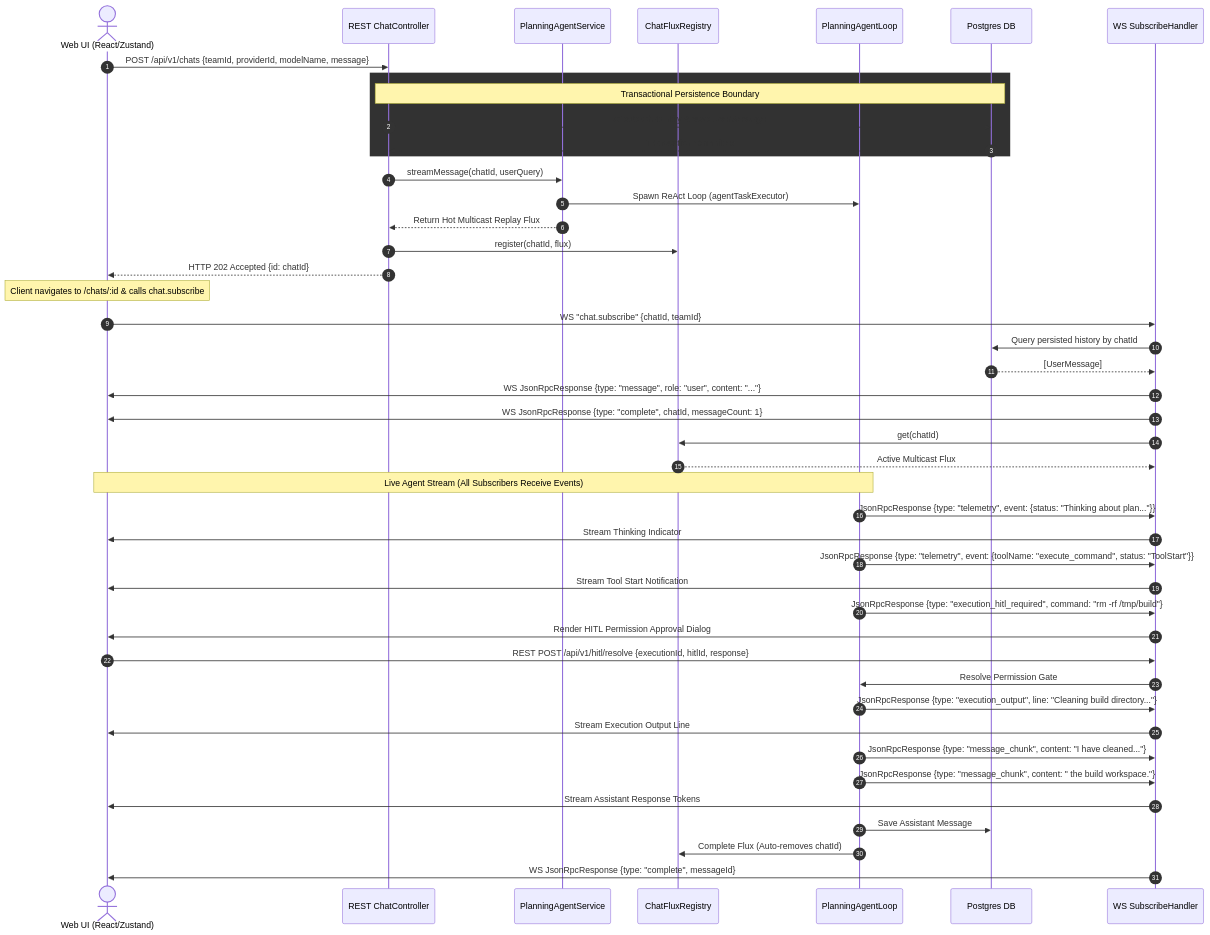
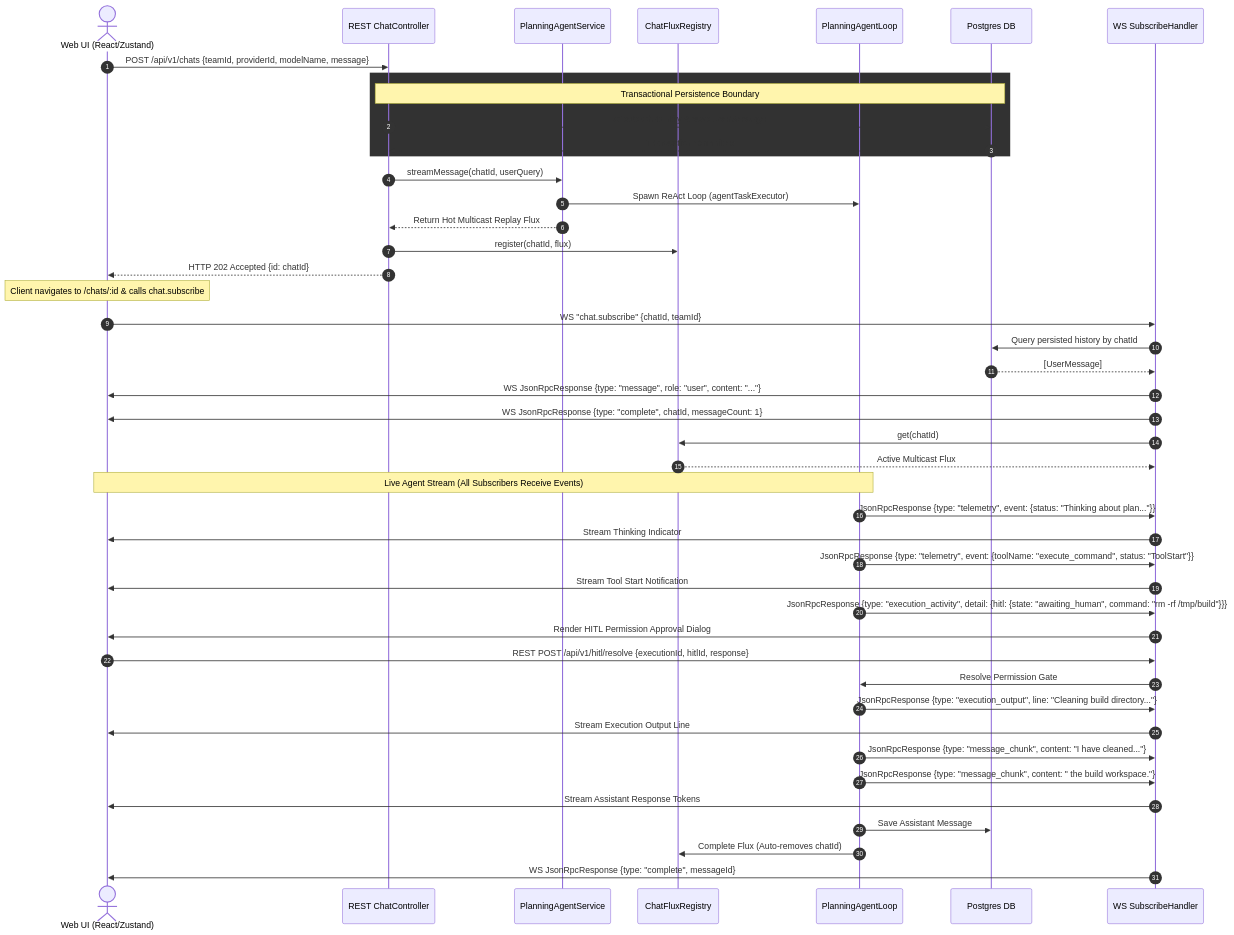
The first of 2 diagrams in docs/knowledge/chat-interaction-design.md (kratisai/kratis), drawn with Mermaid before and after one commit. The commit also changed other lines of this file and 74 other files, not shown here.

````diff
--- a/docs/knowledge/chat-interaction-design.md
+++ b/docs/knowledge/chat-interaction-design.md
@@ -68,60 +66,60 @@
 ```mermaid
 sequenceDiagram
     autonumber
     actor Client as Web UI (React/Zustand)
     participant REST as REST ChatController
     participant Service as PlanningAgentService
     participant Reg as ChatFluxRegistry
     participant Agent as PlanningAgentLoop
     participant DB as Postgres DB
     participant WS as WS SubscribeHandler
 
     Client->>REST: POST /api/v1/chats {teamId, providerId, modelName, message}
     
     rect rgb(50, 50, 50)
         Note over REST,DB: Transactional Persistence Boundary
         REST->>DB: Create ChatEntity & save UserMessage
         DB-->>REST: Transaction Committed
     end
 
     REST->>Service: streamMessage(chatId, userQuery)
     Service->>Agent: Spawn ReAct Loop (agentTaskExecutor)
     Service-->>REST: Return Hot Multicast Replay Flux
     REST->>Reg: register(chatId, flux)
     REST-->>Client: HTTP 202 Accepted {id: chatId}
 
     Note over Client: Client navigates to /chats/:id & calls chat.subscribe
 
     Client->>WS: WS "chat.subscribe" {chatId, teamId}
     WS->>DB: Query persisted history by chatId
     DB-->>WS: [UserMessage]
     WS->>Client: WS JsonRpcResponse {type: "message", role: "user", content: "..."}
     WS->>Client: WS JsonRpcResponse {type: "complete", chatId, messageCount: 1}
 
     WS->>Reg: get(chatId)
     Reg-->>WS: Active Multicast Flux
     
     Note over Agent,Client: Live Agent Stream (All Subscribers Receive Events)
     Agent->>WS: JsonRpcResponse {type: "telemetry", event: {status: "Thinking about plan..."}}
     WS->>Client: Stream Thinking Indicator
     
     Agent->>WS: JsonRpcResponse {type: "telemetry", event: {toolName: "execute_command", status: "ToolStart"}}
     WS->>Client: Stream Tool Start Notification
     
-    Agent->>WS: JsonRpcResponse {type: "execution_hitl_required", command: "rm -rf /tmp/build"}
+    Agent->>WS: JsonRpcResponse {type: "execution_activity", detail: {hitl: {state: "awaiting_human", command: "rm -rf /tmp/build"}}}
     WS->>Client: Render HITL Permission Approval Dialog
     
     Client->>WS: REST POST /api/v1/hitl/resolve {executionId, hitlId, response}
     WS->>Agent: Resolve Permission Gate
     
     Agent->>WS: JsonRpcResponse {type: "execution_output", line: "Cleaning build directory..."}
     WS->>Client: Stream Execution Output Line
     
     Agent->>WS: JsonRpcResponse {type: "message_chunk", content: "I have cleaned..."}
     Agent->>WS: JsonRpcResponse {type: "message_chunk", content: " the build workspace."}
     WS->>Client: Stream Assistant Response Tokens
 
     Agent->>DB: Save Assistant Message
     Agent->>Reg: Complete Flux (Auto-removes chatId)
     WS->>Client: WS JsonRpcResponse {type: "complete", messageId}
 ```
````
